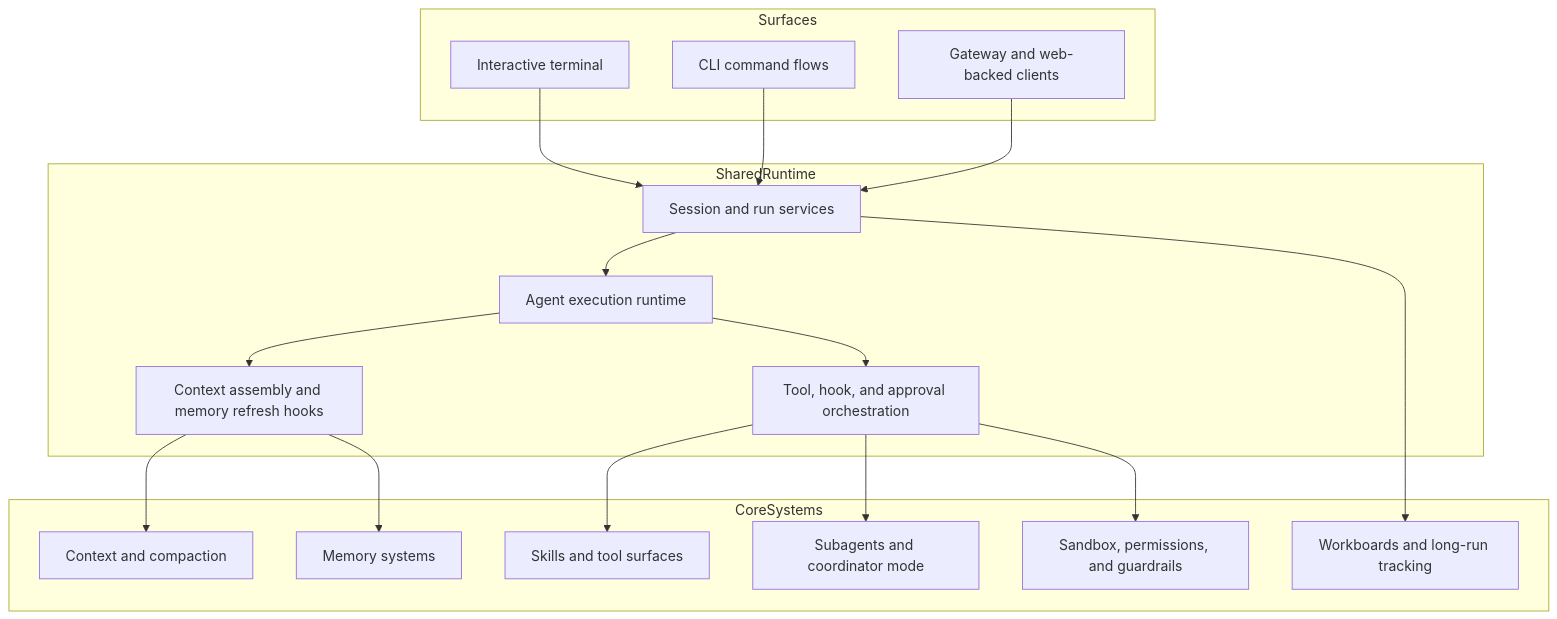
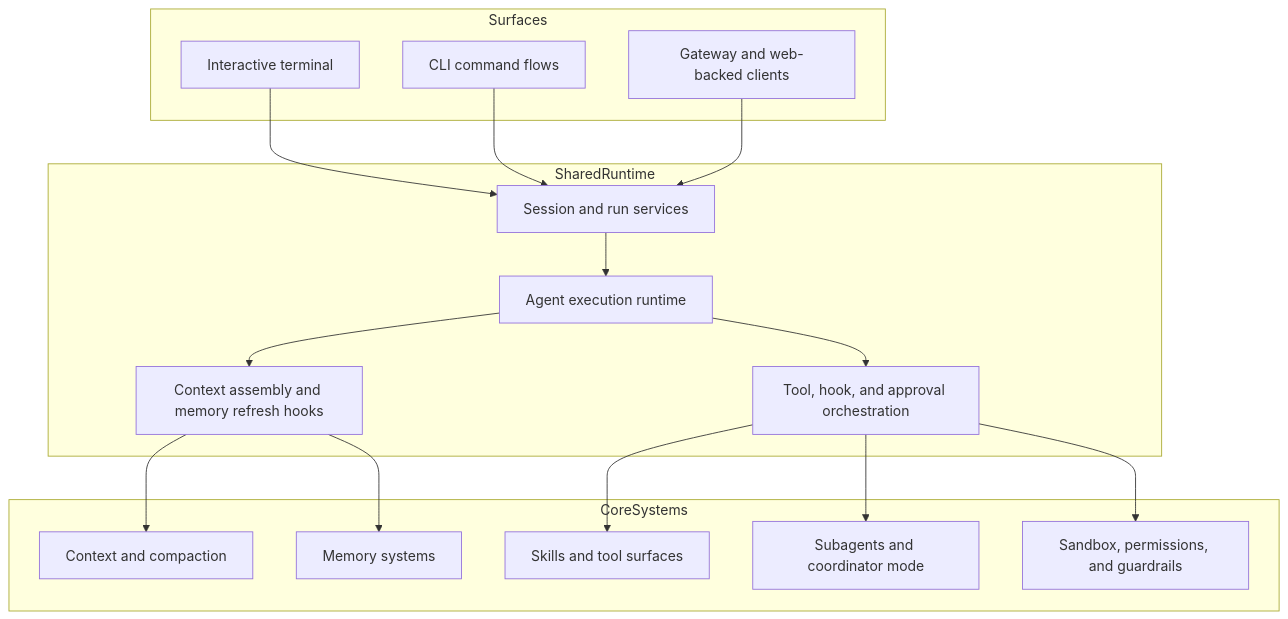
Before and after one commit to tulkun-lab/tulkun-lab.github.io: the first of 2 diagrams in docs/guide/architecture.md, drawn with Mermaid. The commit also changed other lines of this file and 15 other files, not shown here.

````diff
--- a/docs/guide/architecture.md
+++ b/docs/guide/architecture.md
@@ -29,37 +29,35 @@
 ```mermaid
 flowchart TB
     subgraph Surfaces
       A["Interactive terminal"]
       B["CLI command flows"]
       C["Gateway and web-backed clients"]
     end
 
     subgraph SharedRuntime
       D["Session and run services"]
       E["Agent execution runtime"]
       F["Context assembly and memory refresh hooks"]
       G["Tool, hook, and approval orchestration"]
     end
 
     subgraph CoreSystems
       H["Context and compaction"]
       I["Memory systems"]
       J["Skills and tool surfaces"]
       K["Subagents and coordinator mode"]
-      L["Workboards and long-run tracking"]
       M["Sandbox, permissions, and guardrails"]
     end
 
     A --> D
     B --> D
     C --> D
     D --> E
     E --> F
     E --> G
     F --> H
     F --> I
     G --> J
     G --> K
-    D --> L
     G --> M
 ```
````
